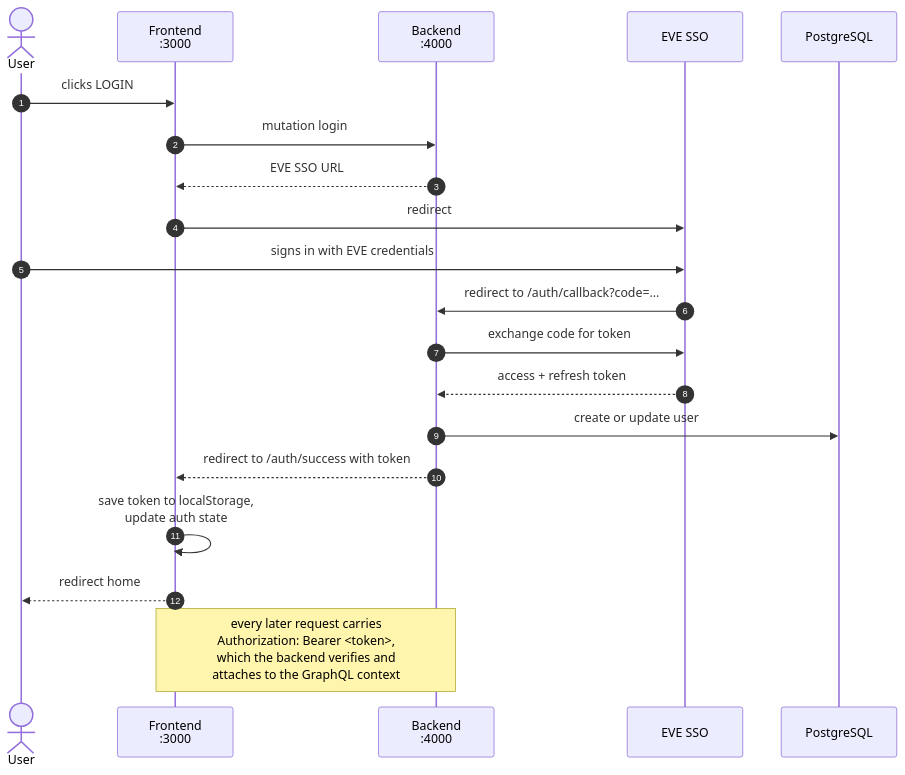
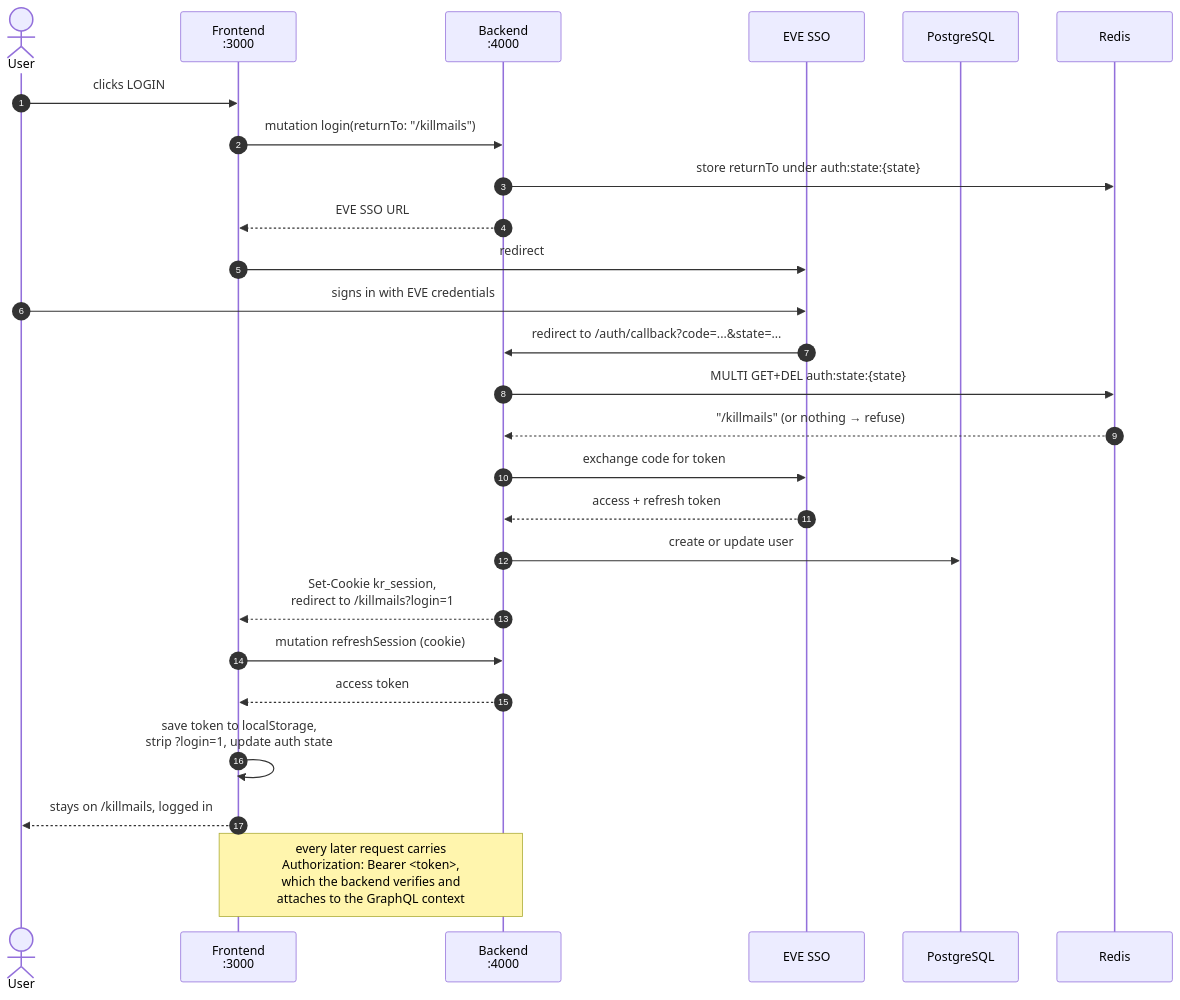
Before and after one commit to umutyerebakmaz/killreport: the diagram in backend/docs/authentication/auth-setup.md, drawn with Mermaid. The commit also changed other lines of this file and 14 other files, not shown here.

````diff
--- a/backend/docs/authentication/auth-setup.md
+++ b/backend/docs/authentication/auth-setup.md
@@ -11,27 +11,34 @@
 ```mermaid
 sequenceDiagram
     autonumber
     actor U as User
     participant F as Frontend<br/>:3000
     participant B as Backend<br/>:4000
     participant E as EVE SSO
     participant DB as PostgreSQL
 
+    participant R as Redis
+
     U->>F: clicks LOGIN
-    F->>B: mutation login
+    F->>B: mutation login(returnTo: "/killmails")
+    B->>R: store returnTo under auth:state:{state}
     B-->>F: EVE SSO URL
     F->>E: redirect
 
     U->>E: signs in with EVE credentials
-    E->>B: redirect to /auth/callback?code=...
+    E->>B: redirect to /auth/callback?code=...&state=...
 
+    B->>R: MULTI GET+DEL auth:state:{state}
+    R-->>B: "/killmails" (or nothing → refuse)
     B->>E: exchange code for token
     E-->>B: access + refresh token
     B->>DB: create or update user
-    B-->>F: redirect to /auth/success with token
+    B-->>F: Set-Cookie kr_session,<br/>redirect to /killmails?login=1
 
-    F->>F: save token to localStorage,<br/>update auth state
-    F-->>U: redirect home
+    F->>B: mutation refreshSession (cookie)
+    B-->>F: access token
+    F->>F: save token to localStorage,<br/>strip ?login=1, update auth state
+    F-->>U: stays on /killmails, logged in
 
     Note over F,B: every later request carries<br/>Authorization: Bearer <token>,<br/>which the backend verifies and<br/>attaches to the GraphQL context
 ```
````
